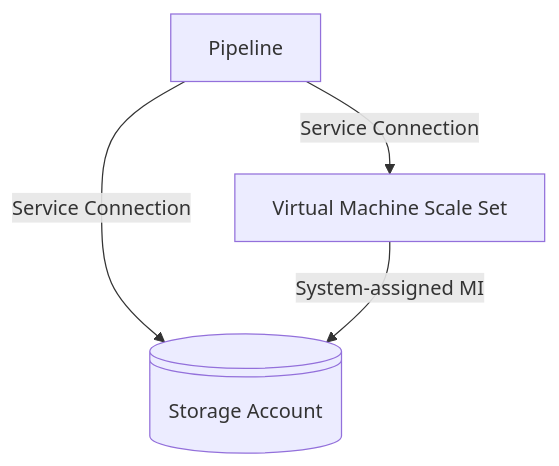
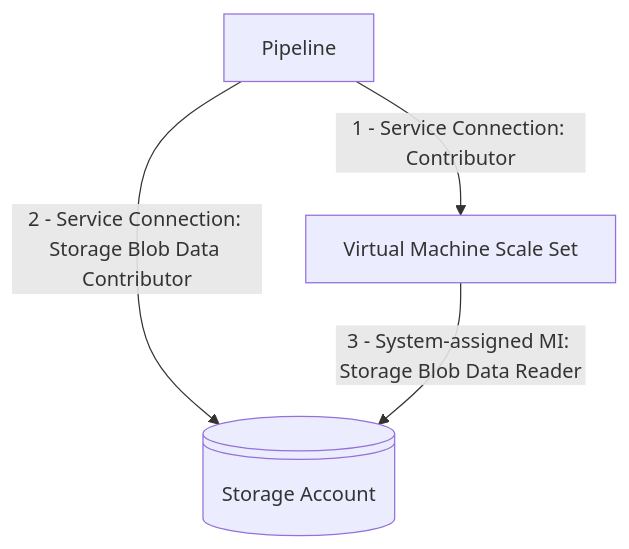
One commit to geekzter/azure-pipeline-examples changed the diagram in tasks/AzureVmssDeployment/README.md. Above: the diagram before and after it, drawn with Mermaid. The commit also changed other lines of this file, not shown here.

````diff
--- a/tasks/AzureVmssDeployment/README.md
+++ b/tasks/AzureVmssDeployment/README.md
@@ -3,7 +3,7 @@
 ```mermaid
 graph TD;
     Storage@{ shape: lin-cyl, label: "Storage Account" };
-    Pipeline-->|Service Connection| Storage;
-    Pipeline-->|Service Connection| VMSS;
-    VMSS[Virtual Machine Scale Set]-->|System-assigned MI| Storage;
+    Pipeline-->|1 - Service Connection: Contributor| VMSS;
+    Pipeline-->|2 - Service Connection: Storage Blob Data Contributor| Storage;
+    VMSS[Virtual Machine Scale Set]-->|3 - System-assigned MI: Storage Blob Data Reader| Storage;
 ```
````
